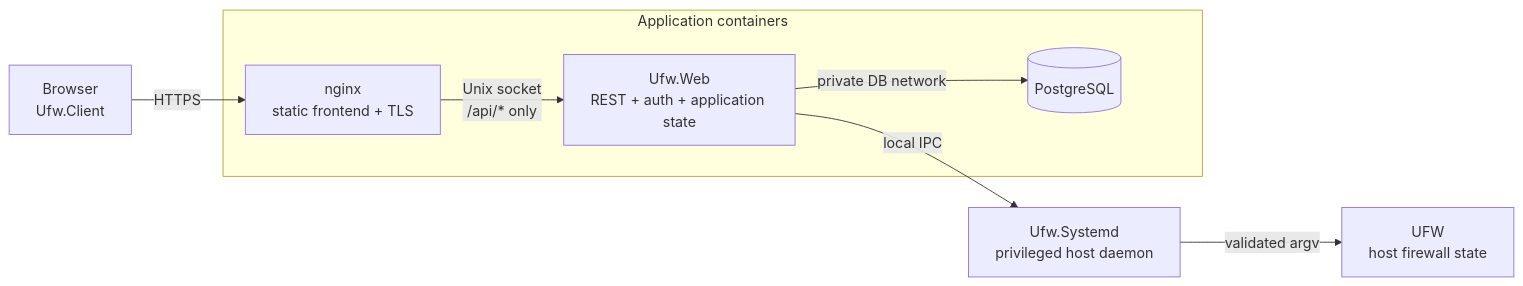
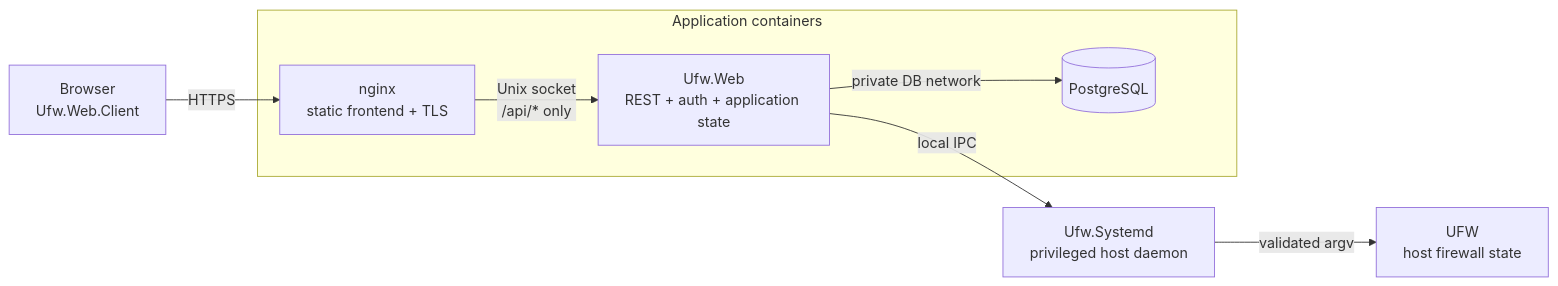
The diagram in docs/architecture/architecture-overview.md (frederik-hoeft/ufw-webui), drawn with Mermaid before and after one commit. The commit also changed other lines of this file and 835 other files, not shown here.

````diff
--- a/docs/architecture/architecture-overview.md
+++ b/docs/architecture/architecture-overview.md
@@ -11,19 +11,19 @@
 ```mermaid
 flowchart LR
-    Browser[Browser\nUfw.Client]
+    Browser[Browser\nUfw.Web.Client]
 
     subgraph Containers[Application containers]
         Nginx[nginx\nstatic frontend + TLS]
         Web[Ufw.Web\nREST + auth + application state]
         Db[(PostgreSQL)]
         Nginx -->|Unix socket\n/api/* only| Web
         Web -->|private DB network| Db
     end
 
     Daemon[Ufw.Systemd\nprivileged host daemon]
     Ufw[UFW\nhost firewall state]
 
     Browser -->|HTTPS| Nginx
     Web -->|local IPC| Daemon
     Daemon -->|validated argv| Ufw
 ```
````
